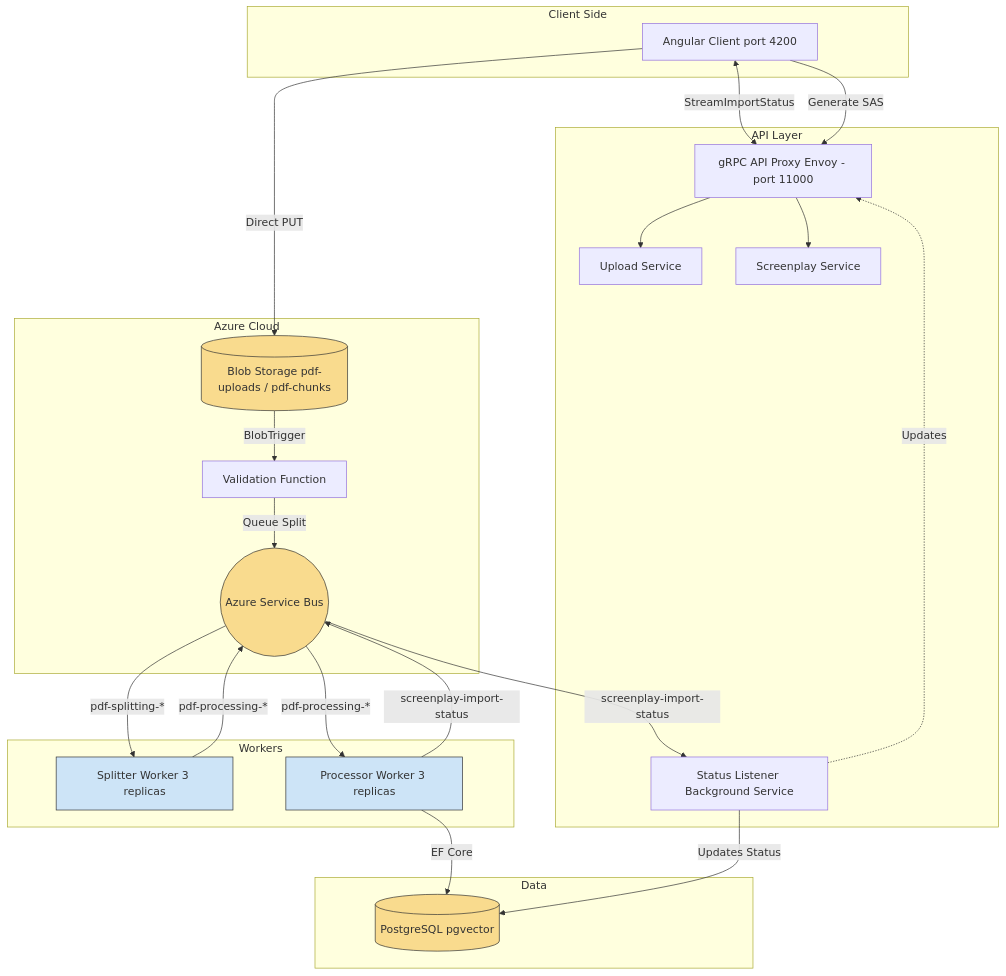
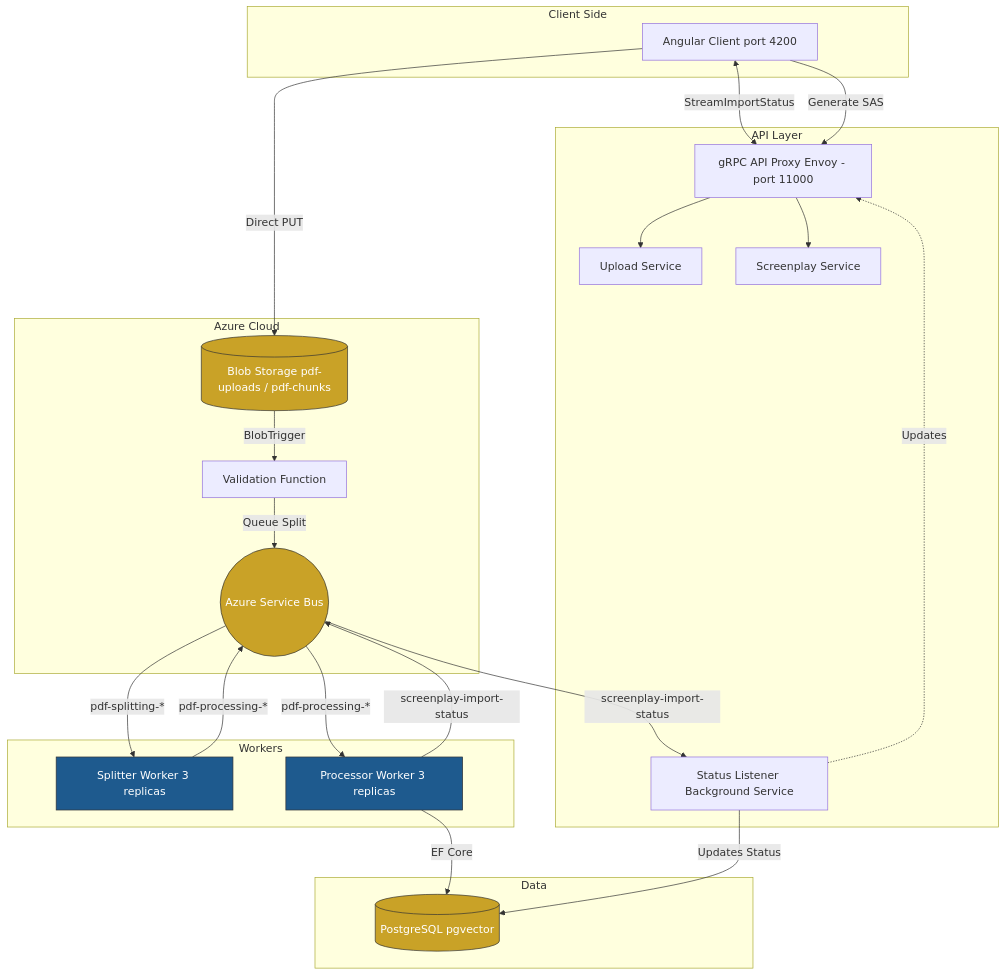
The eighth of 8 diagrams in README.md (duncan-G/ThePlot), drawn with Mermaid before and after one commit. The commit also changed other lines of this file, not shown here.

````diff
--- a/README.md
+++ b/README.md
@@ -176,62 +178,62 @@
 ```mermaid
 flowchart TD
     subgraph Client_Side["Client Side"]
         Client[Angular Client port 4200]
     end
 
     subgraph API_Layer["API Layer"]
         Envoy[gRPC API Proxy Envoy - port 11000]
         UploadSvc[Upload Service]
         ScreenplaySvc[Screenplay Service]
         StatusListener[Status Listener Background Service]
     end
 
     subgraph Azure_Cloud["Azure Cloud"]
         Blob[(Blob Storage pdf-uploads / pdf-chunks)]
         Func[Validation Function]
         ASB((Azure Service Bus))
     end
 
     subgraph Workers["Workers"]
         Splitter[Splitter Worker 3 replicas]
         Processor[Processor Worker 3 replicas]
     end
 
     subgraph Data["Data"]
         DB[(PostgreSQL pgvector)]
     end
 
     %% Force strict vertical stacking of layers
     Client ~~~ Envoy
     UploadSvc ~~~ Blob
     ASB ~~~ Splitter
     Processor ~~~ DB
 
     %% Network / Client Flows
     Client -- "StreamImportStatus" <--> Envoy
     Client -- "Generate SAS" --> Envoy
     Client -- "Direct PUT" --> Blob
 
     Envoy --> UploadSvc
     Envoy --> ScreenplaySvc
     StatusListener -. "Updates" .-> Envoy
 
     %% Event & Queue Flows
     Blob -- "BlobTrigger" --> Func
     Func -- "Queue Split" --> ASB
 
     ASB -- "pdf-splitting-*" --> Splitter
     Splitter -- "pdf-processing-*" --> ASB
     ASB -- "pdf-processing-*" --> Processor
     Processor -- "screenplay-import-status" --> ASB
     ASB -- "screenplay-import-status" --> StatusListener
 
     %% Data Flows
     Processor -- "EF Core" --> DB
     StatusListener -- "Updates Status" --> DB
     
-    classDef storage fill:#f9db8e,stroke:#333;
-    classDef worker fill:#cde4f7,stroke:#333;
+    classDef storage fill:#c9a227,stroke:#333,color:#fff;
+    classDef worker fill:#1e5a8e,stroke:#333,color:#fff;
     class Blob,DB,ASB storage;
     class Splitter,Processor worker;
 ```
````
